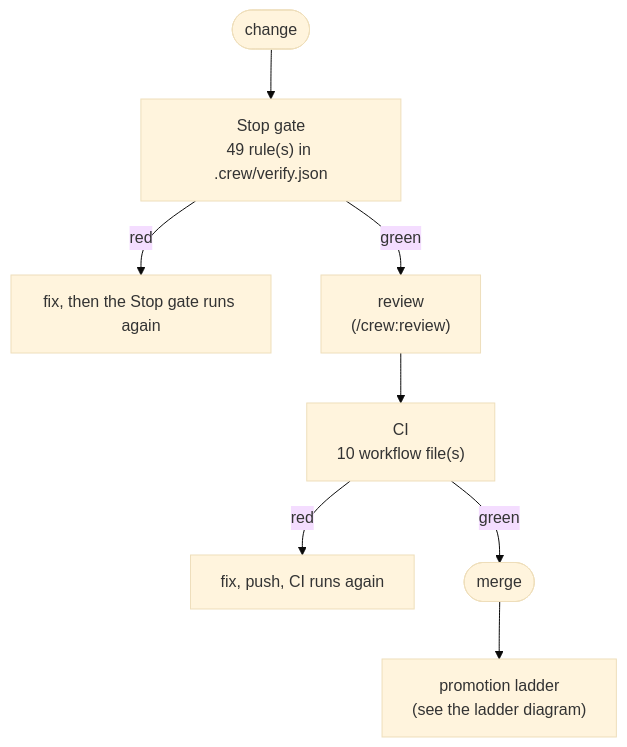
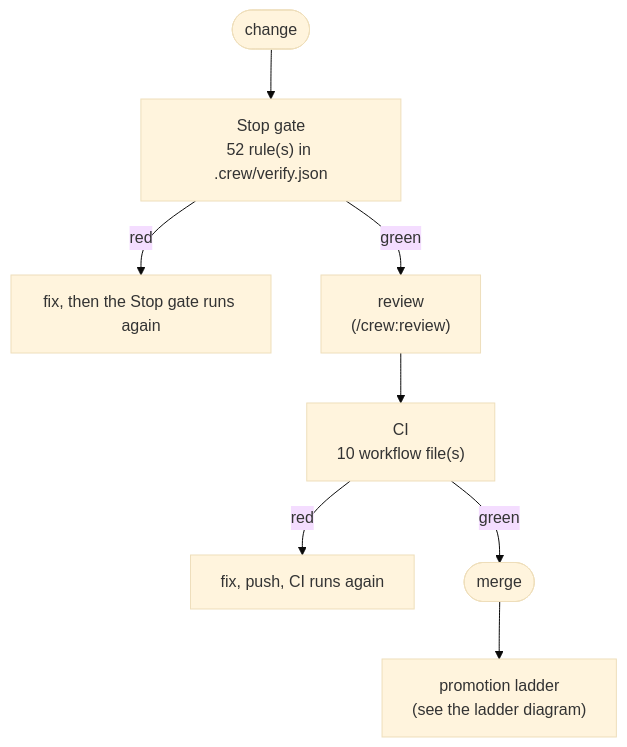
One commit to mbadali25/useful-claude-add-ons changed the first of 3 diagrams in docs/qa/README.md. Above: the diagram before and after it, drawn with Mermaid (base theme). The commit also changed other lines of this file and 23 other files, not shown here.

First line of the commit message:
T-0041: refresh code maps, diagrams, QA page and rules

````diff
--- a/docs/qa/README.md
+++ b/docs/qa/README.md
@@ -19,11 +19,11 @@
 ```mermaid
 flowchart TD
-  edit(["change"]) --> stop["Stop gate<br/>49 rule(s) in .crew/verify.json"]
+  edit(["change"]) --> stop["Stop gate<br/>52 rule(s) in .crew/verify.json"]
   stop -->|red| fix1["fix, then the Stop gate runs again"]
   stop -->|green| review["review<br/>(/crew:review)"]
   review --> ci["CI<br/>10 workflow file(s)"]
   ci -->|red| fix2["fix, push, CI runs again"]
   ci -->|green| merge(["merge"])
   merge --> ladder["promotion ladder<br/>(see the ladder diagram)"]
   classDef gap stroke:#c0392b,stroke-width:2px,stroke-dasharray:4 3
 ```
````
